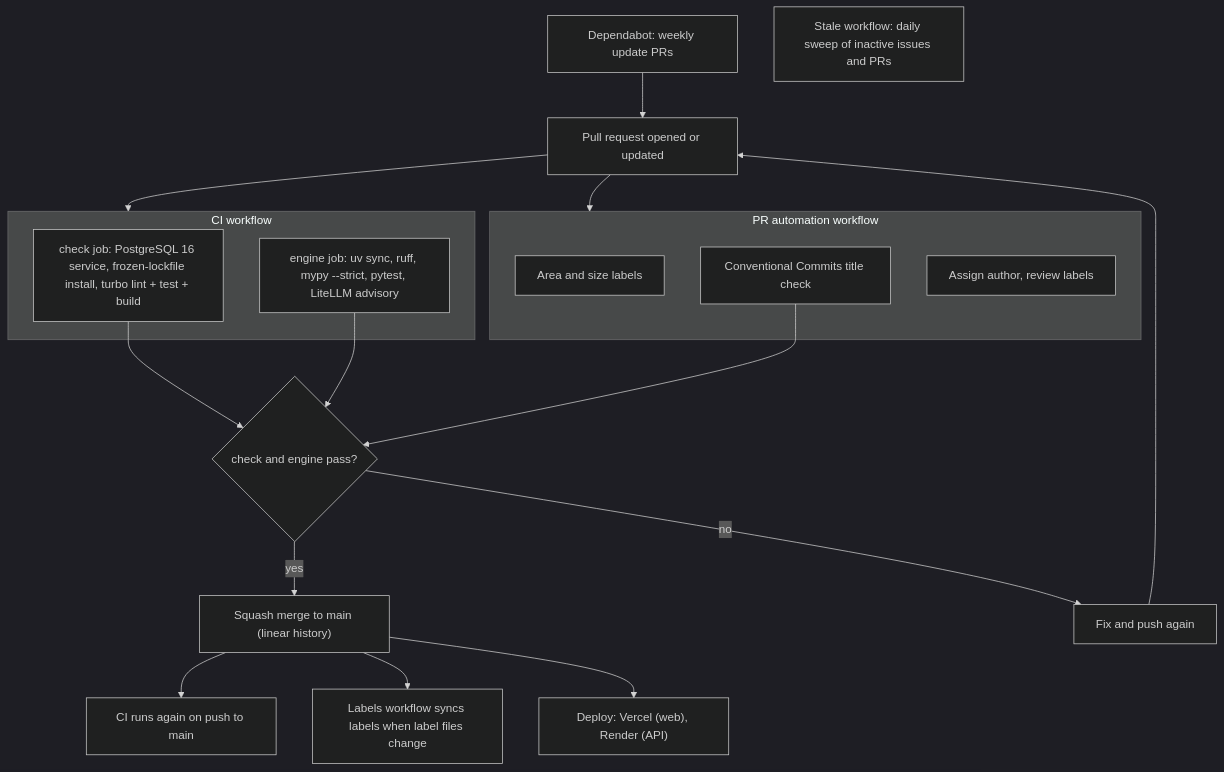
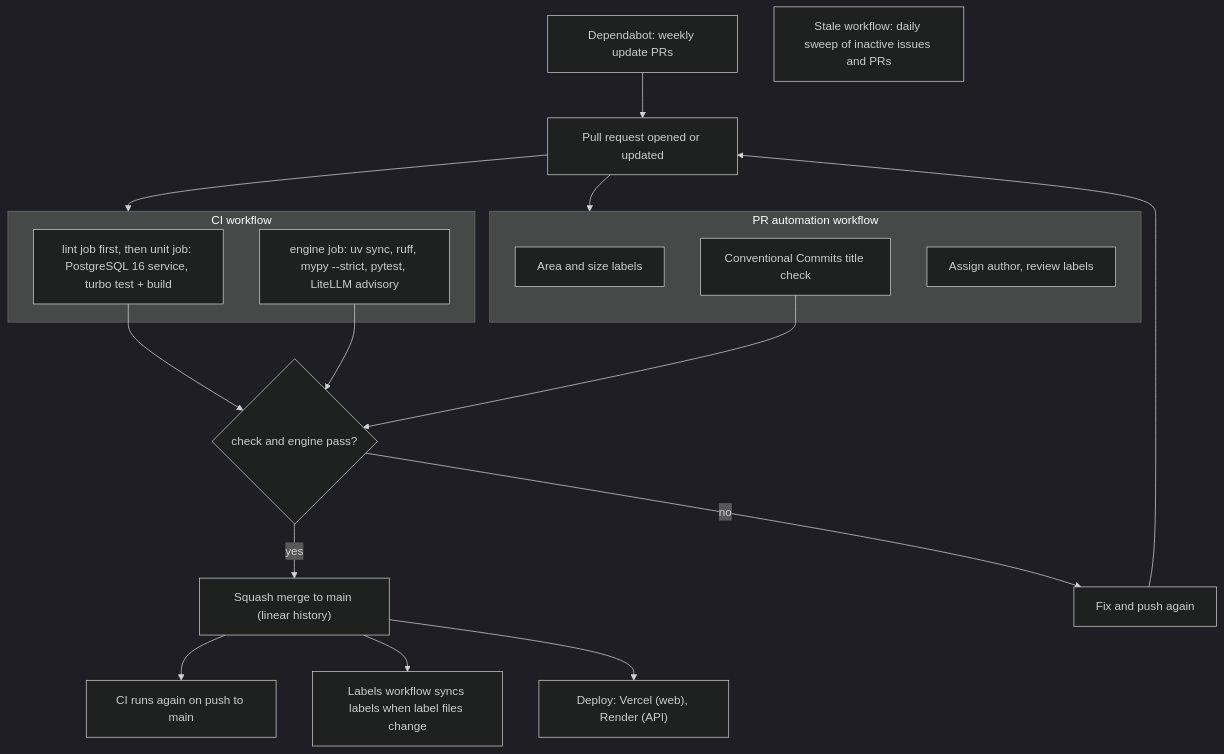
One commit to NachikethReddyY/ay2627s2-cicdp-nachiketh changed the diagram in docs/diagrams/src/fig7-pipeline.mmd. Above: the diagram before and after it, drawn with Mermaid (dark theme). The commit also changed 7 other files, not shown here.

```diff
--- a/docs/diagrams/src/fig7-pipeline.mmd
+++ b/docs/diagrams/src/fig7-pipeline.mmd
@@ -1,25 +1,25 @@
 flowchart TB
   DEP["Dependabot: weekly update PRs"]
   PR["Pull request opened or updated"]
   DEP --> PR
   subgraph Auto["PR automation workflow"]
     A1["Area and size labels"]
     A2["Conventional Commits title check"]
     A3["Assign author, review labels"]
   end
   subgraph CI["CI workflow"]
-    C1["check job: PostgreSQL 16 service, frozen-lockfile install, turbo lint + test + build"]
+    C1["lint job first, then unit job: PostgreSQL 16 service, turbo test + build"]
     C2["engine job: uv sync, ruff, mypy --strict, pytest, LiteLLM advisory"]
   end
   PR --> Auto
   PR --> CI
   GATE{"check and engine pass?"}
   C1 --> GATE
   C2 --> GATE
   A2 --> GATE
   GATE -- "yes" --> MERGE["Squash merge to main (linear history)"]
   GATE -- "no" --> FIX["Fix and push again"] --> PR
   MERGE --> CIP["CI runs again on push to main"]
   MERGE --> LAB["Labels workflow syncs labels when label files change"]
   MERGE --> DEPLOY["Deploy: Vercel (web), Render (API)"]
   STALE["Stale workflow: daily sweep of inactive issues and PRs"]
```
